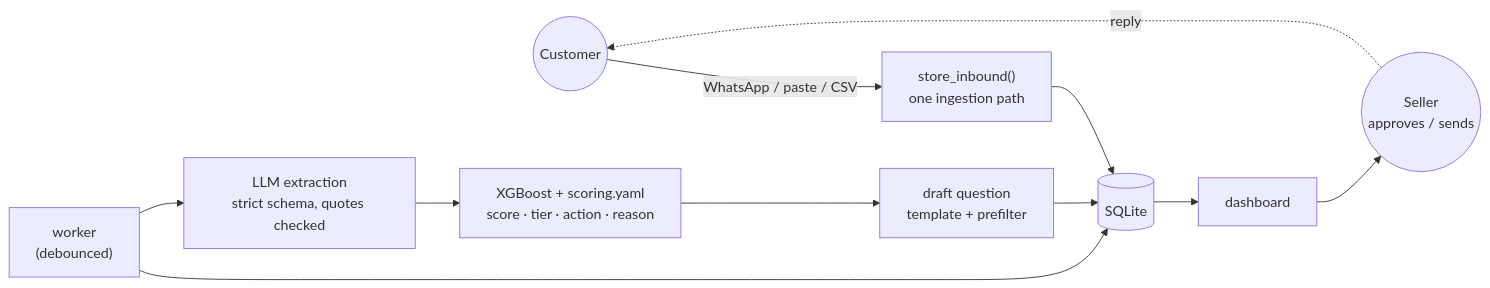
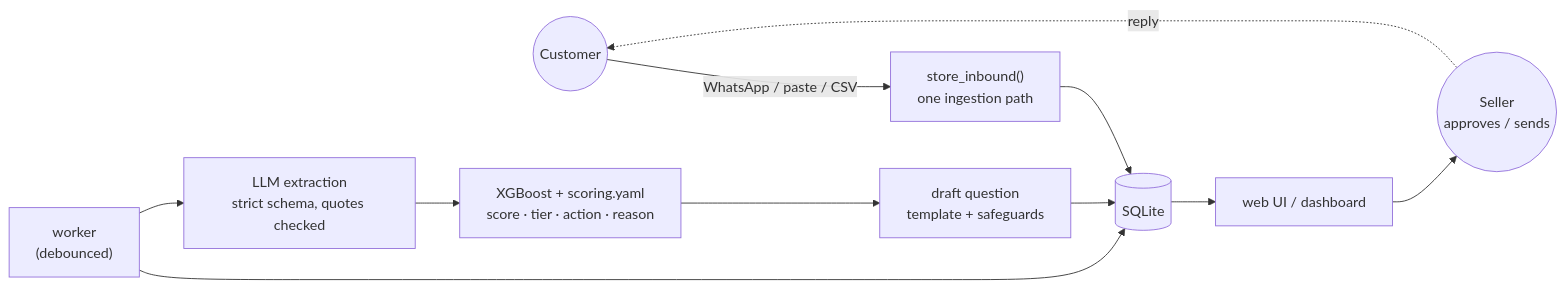
The diagram in README.md (omarbounawarapy/wasel), drawn with Mermaid before and after one commit. The commit also changed other lines of this file and 349 other files, not shown here.

````diff
--- a/README.md
+++ b/README.md
@@ -64,13 +66,13 @@
 ```mermaid
 flowchart LR
     C(("Customer")) -- "WhatsApp / paste / CSV" --> IN["store_inbound()<br/>one ingestion path"]
     IN --> DB[("SQLite")]
     W["worker<br/>(debounced)"] --> DB
     W --> X["LLM extraction<br/>strict schema, quotes checked"]
     X --> S["XGBoost + scoring.yaml<br/>score · tier · action · reason"]
-    S --> D["draft question<br/>template + prefilter"]
+    S --> D["draft question<br/>template + safeguards"]
     D --> DB
-    DB --> UI["dashboard"]
+    DB --> UI["web UI / dashboard"]
     UI --> P(("Seller<br/>approves / sends"))
     P -. "reply" .-> C
 ```
````
